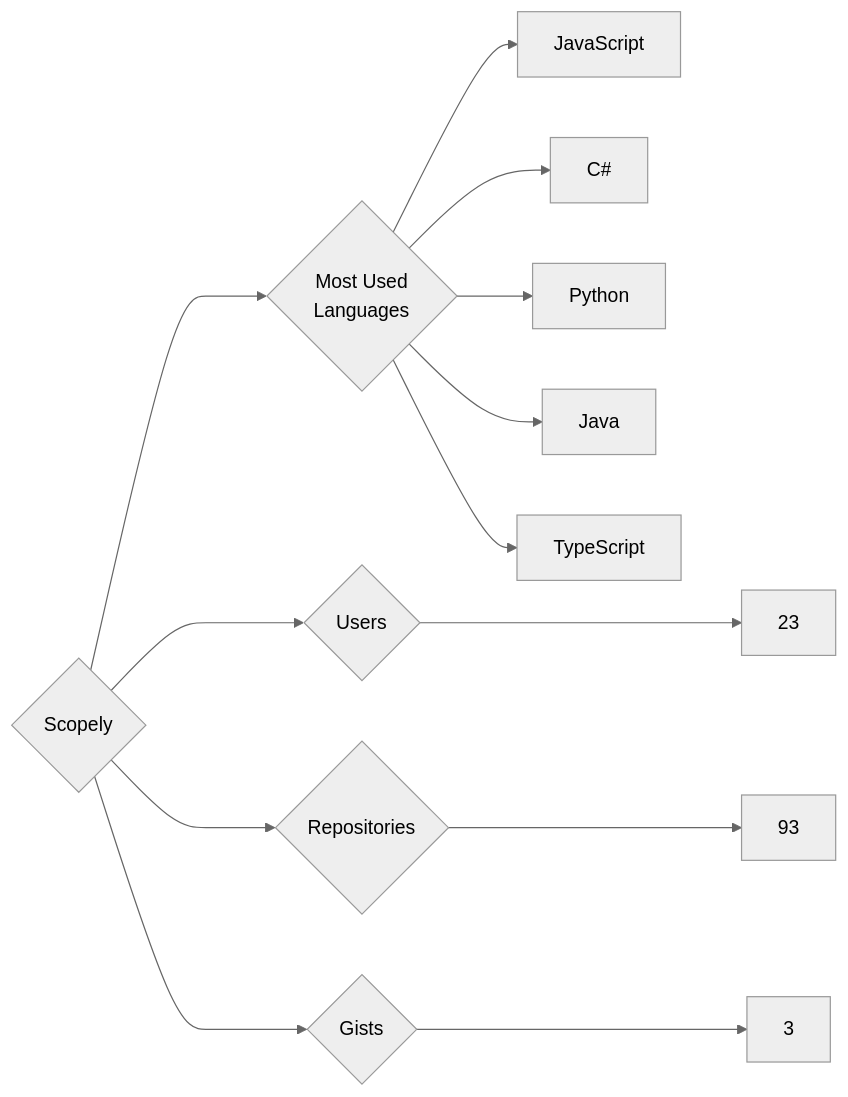
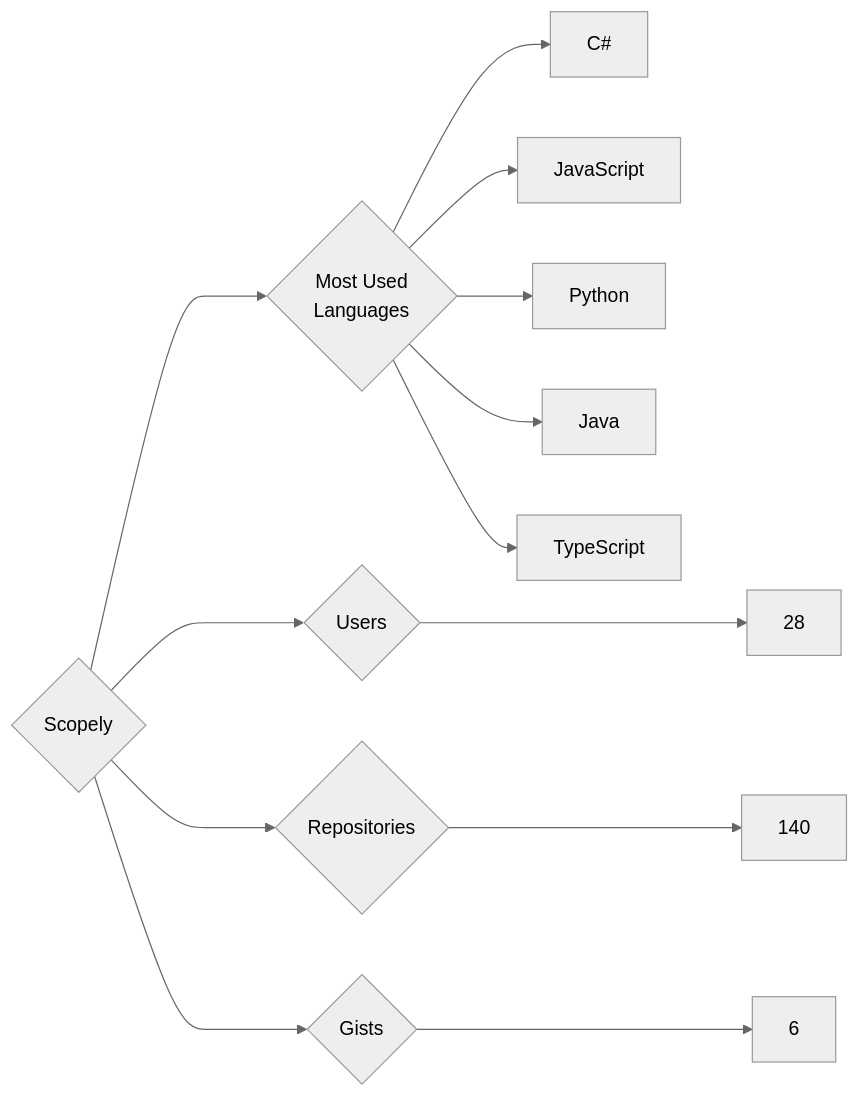
Before and after one commit to trickest/insiders: the diagram in targets/Scopely/README.md, drawn with Mermaid (neutral theme). The commit also changed 928 other files, not shown here.

````diff
--- a/targets/Scopely/README.md
+++ b/targets/Scopely/README.md
@@ -3,13 +3,13 @@
 ```mermaid
 graph LR
 COMPANY_NAME{Scopely}
-COMPANY_NAME ---> U{Users} ---> UN[23]
-COMPANY_NAME ---> R{Repositories} ---> RN[93]
-COMPANY_NAME ---> G{Gists} ---> GN[3]
+COMPANY_NAME ---> U{Users} ---> UN[28]
+COMPANY_NAME ---> R{Repositories} ---> RN[140]
+COMPANY_NAME ---> G{Gists} ---> GN[6]
 COMPANY_NAME ---> ML{Most Used<br>Languages}
+ML --> C#[C#]
 ML --> JavaScript[JavaScript]
-ML --> C#[C#]
 ML --> Python[Python]
 ML --> Java[Java]
 ML --> TypeScript[TypeScript]
 ```
````
